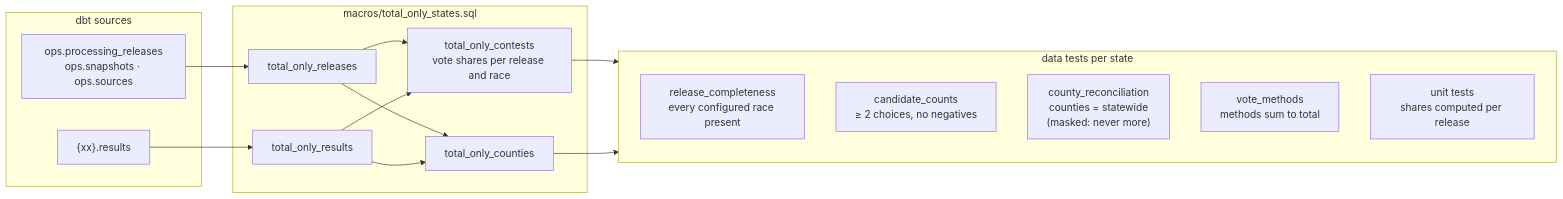
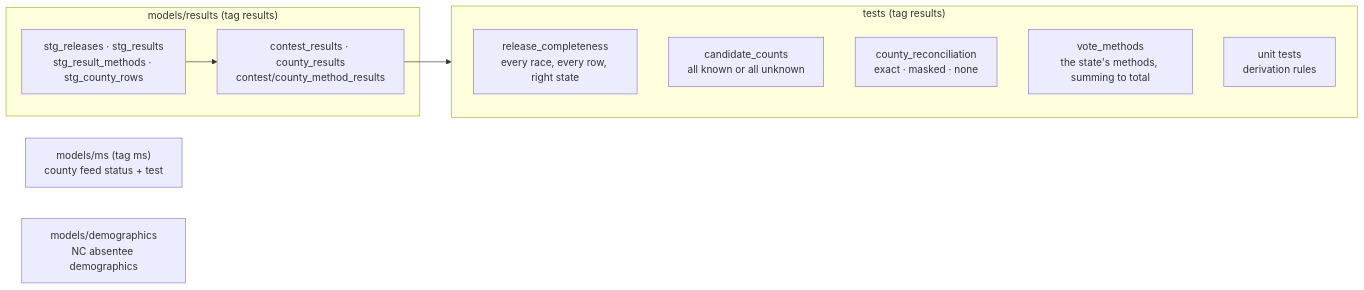
The fourth of 5 diagrams in docs/architecture/processing-and-modelling.md (Naman4561/us-election-results-pipeline), drawn with Mermaid before and after one commit. The commit also changed other lines of this file and 11 other files, not shown here.

First line of the commit message:
refactor: remove dead code, update README and architecture docs

````diff
--- a/docs/architecture/processing-and-modelling.md
+++ b/docs/architecture/processing-and-modelling.md
@@ -88,24 +105,18 @@
 ```mermaid
 flowchart LR
-    subgraph sources["dbt sources"]
-        s1["ops.processing_releases<br/>ops.snapshots · ops.sources"]
-        s2["{xx}.results"]
+    subgraph models["models/results (tag results)"]
+        s["stg_releases · stg_results<br/>stg_result_methods · stg_county_rows"]
+        m["contest_results · county_results<br/>contest/county_method_results"]
+        s --> m
     end
-    subgraph macros["macros/total_only_states.sql"]
-        m1["total_only_releases"]
-        m2["total_only_results"]
-        m3["total_only_contests<br/>vote shares per release and race"]
-        m4["total_only_counties"]
+    subgraph tests["tests (tag results)"]
+        t1["release_completeness<br/>every race, every row, right state"]
+        t2["candidate_counts<br/>all known or all unknown"]
+        t3["county_reconciliation<br/>exact · masked · none"]
+        t4["vote_methods<br/>the state's methods, summing to total"]
+        t5["unit tests<br/>derivation rules"]
     end
-    subgraph tests["data tests per state"]
-        t1["release_completeness<br/>every configured race present"]
-        t2["candidate_counts<br/>≥ 2 choices, no negatives"]
-        t3["county_reconciliation<br/>counties = statewide<br/>(masked: never more)"]
-        t4["vote_methods<br/>methods sum to total"]
-        t5["unit tests<br/>shares computed per release"]
-    end
-    s1 --> m1
-    s2 --> m2
-    m1 & m2 --> m3 & m4
-    m3 & m4 --> tests
+    m --> tests
+    ms["models/ms (tag ms)<br/>county feed status + test"]
+    demo["models/demographics<br/>NC absentee demographics"]
 ```
````
